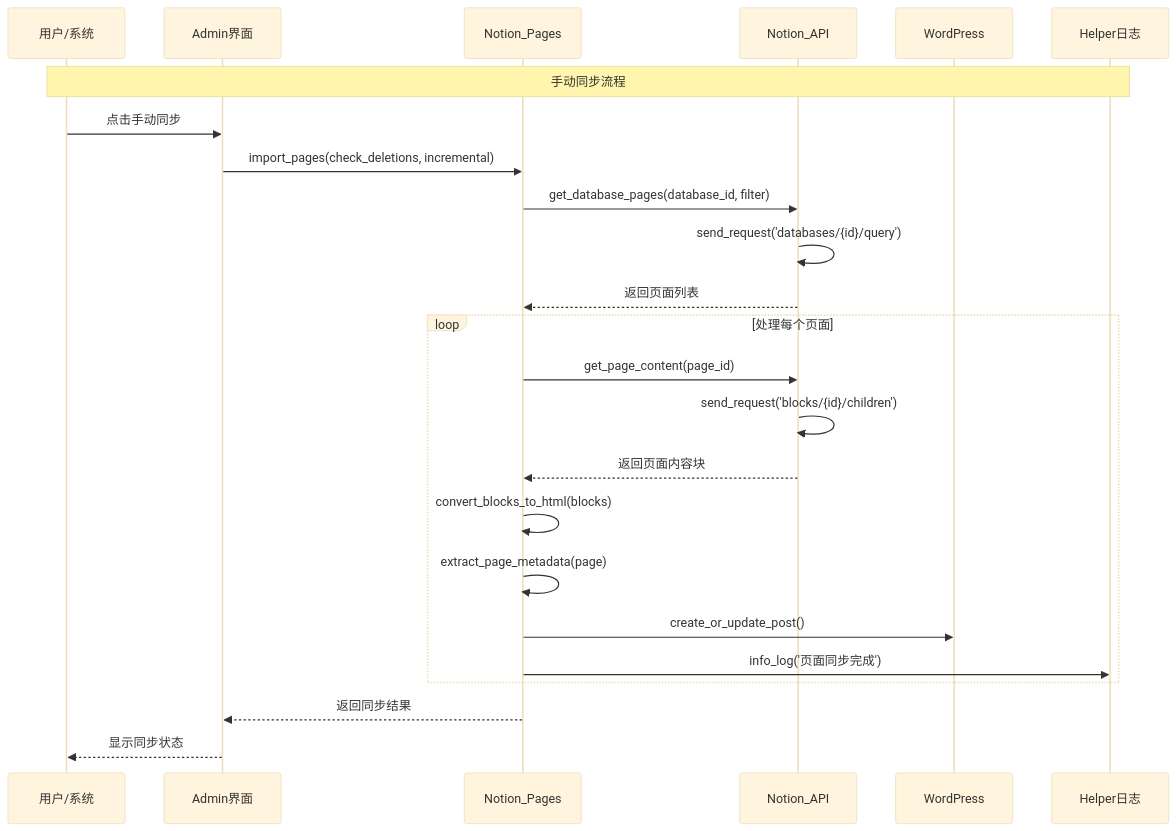
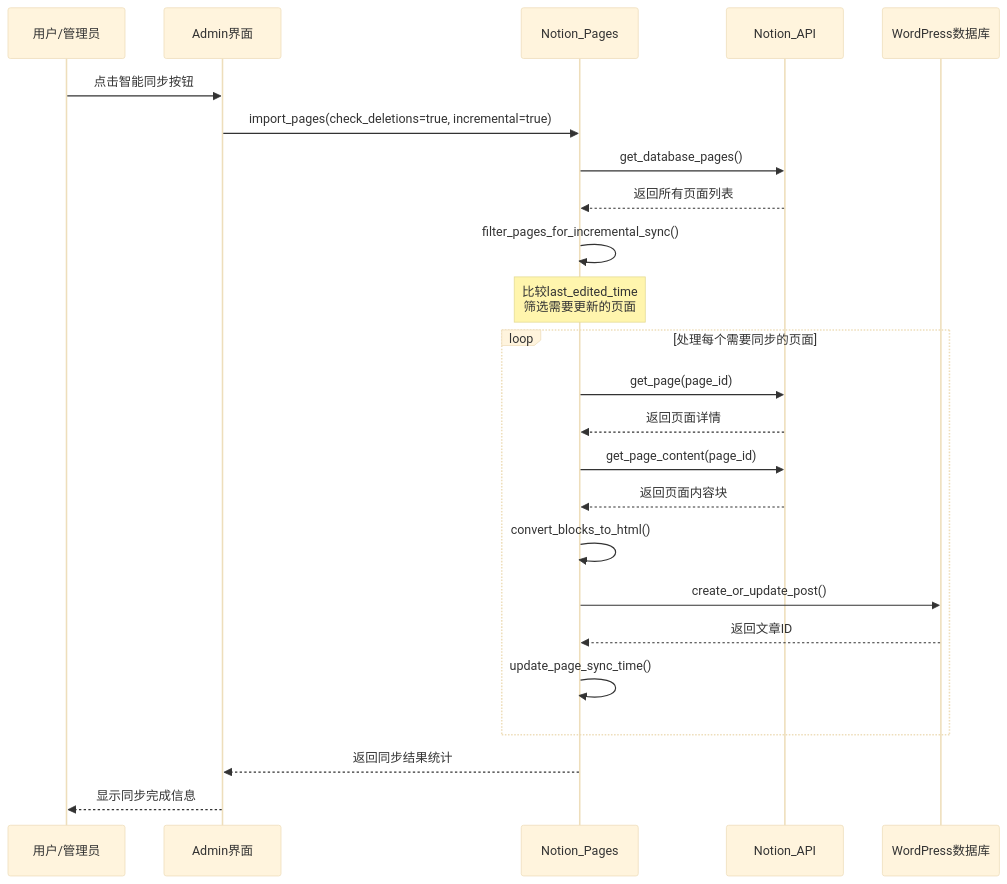
Before and after one commit to Frank-Loong/Notion-to-WordPress: the second of 4 diagrams in docs/DEVELOPER_GUIDE-zh_CN.md, drawn with Mermaid (base theme). The commit also changed other lines of this file and 13 other files, not shown here.

````diff
--- a/docs/DEVELOPER_GUIDE-zh_CN.md
+++ b/docs/DEVELOPER_GUIDE-zh_CN.md
@@ -342,29 +200,29 @@
 ```mermaid
 sequenceDiagram
-    participant U as 用户/系统
+    participant U as 用户/管理员
     participant A as Admin界面
     participant P as Notion_Pages
     participant API as Notion_API
-    participant WP as WordPress
-    participant H as Helper日志
+    participant WP as WordPress数据库
 
-    Note over U,H: 手动同步流程
-    U->>A: 点击手动同步
-    A->>P: import_pages(check_deletions, incremental)
-    P->>API: get_database_pages(database_id, filter)
-    API->>API: send_request('databases/{id}/query')
-    API-->>P: 返回页面列表
+    U->>A: 点击智能同步按钮
+    A->>P: import_pages(check_deletions=true, incremental=true)
+    P->>API: get_database_pages()
+    API-->>P: 返回所有页面列表
+    P->>P: filter_pages_for_incremental_sync()
+    Note over P: 比较last_edited_time<br/>筛选需要更新的页面
 
-    loop 处理每个页面
+    loop 处理每个需要同步的页面
+        P->>API: get_page(page_id)
+        API-->>P: 返回页面详情
         P->>API: get_page_content(page_id)
-        API->>API: send_request('blocks/{id}/children')
         API-->>P: 返回页面内容块
-        P->>P: convert_blocks_to_html(blocks)
-        P->>P: extract_page_metadata(page)
+        P->>P: convert_blocks_to_html()
         P->>WP: create_or_update_post()
-        P->>H: info_log('页面同步完成')
+        WP-->>P: 返回文章ID
+        P->>P: update_page_sync_time()
     end
 
-    P-->>A: 返回同步结果
-    A-->>U: 显示同步状态
+    P-->>A: 返回同步结果统计
+    A-->>U: 显示同步完成信息
 ```
````
